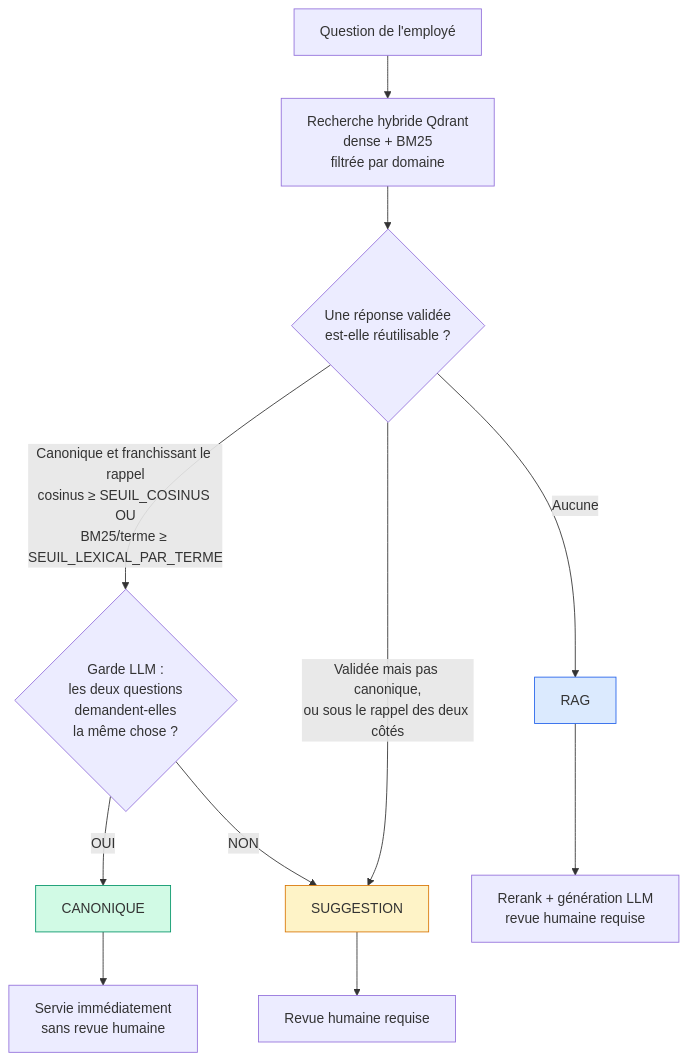
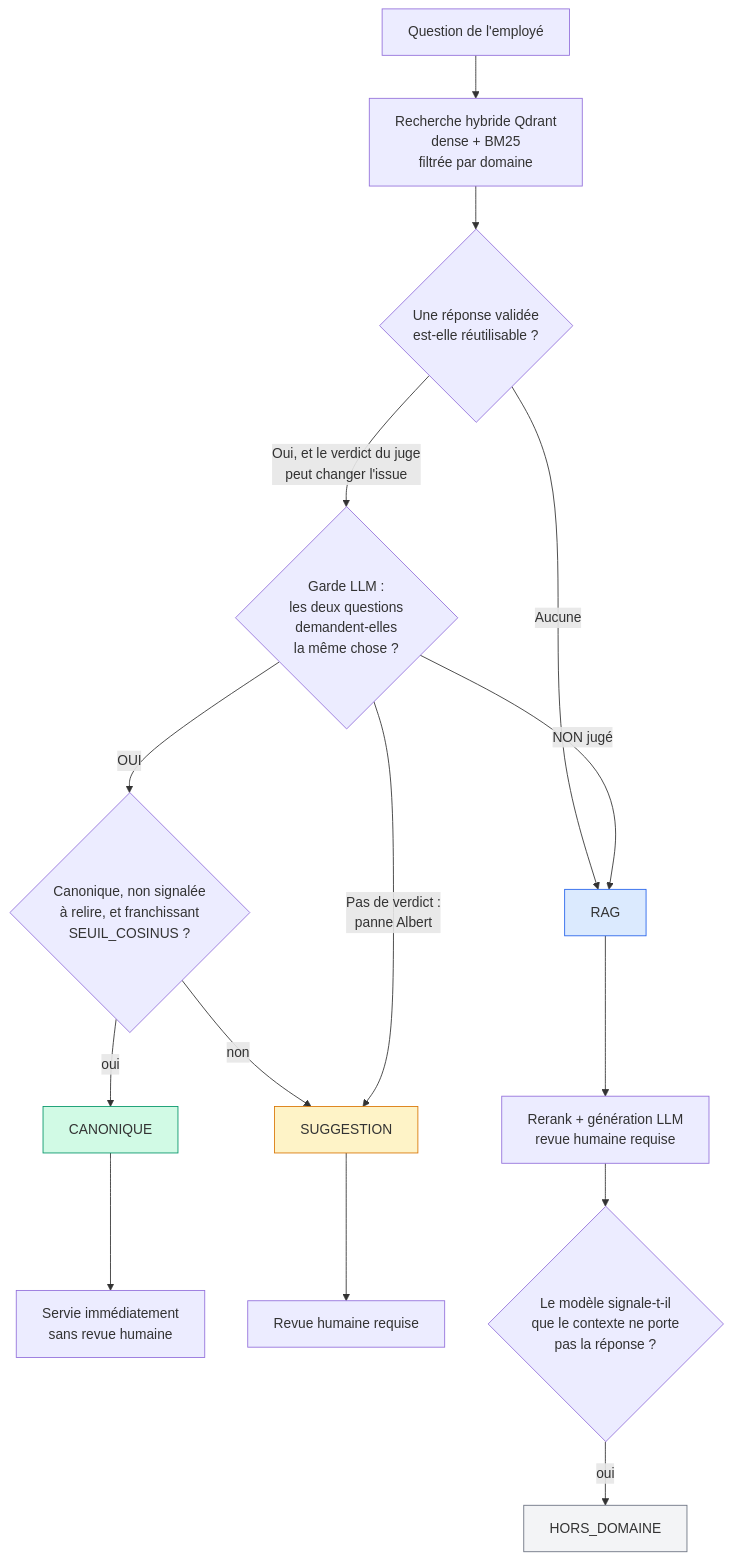
The first of 2 diagrams in Docs/presentation.md (ThomasHWD/TicketAI), drawn with Mermaid before and after one commit. The commit also changed other lines of this file and 8 other files, not shown here.

First line of the commit message:
docs: remettre la doc d'aplomb sur le garde, les quatre correctifs et la confrontation

````diff
--- a/Docs/presentation.md
+++ b/Docs/presentation.md
@@ -27,20 +27,25 @@
 ```mermaid
 flowchart TD
     A[Question de l'employé] --> B[Recherche hybride Qdrant<br/>dense + BM25<br/>filtrée par domaine]
     B --> C{Une réponse validée<br/>est-elle réutilisable ?}
 
-    C -->|Canonique et franchissant le rappel<br/>cosinus ≥ SEUIL_COSINUS OU<br/>BM25/terme ≥ SEUIL_LEXICAL_PAR_TERME| D{Garde LLM :<br/>les deux questions<br/>demandent-elles<br/>la même chose ?}
-    C -->|Validée mais pas canonique,<br/>ou sous le rappel des deux côtés| F[SUGGESTION]
+    C -->|Oui, et le verdict du juge<br/>peut changer l'issue| D{Garde LLM :<br/>les deux questions<br/>demandent-elles<br/>la même chose ?}
     C -->|Aucune| G[RAG]
 
-    D -->|OUI| E[CANONIQUE]
-    D -->|NON| F
+    D -->|OUI| D2{Canonique, non signalée<br/>à relire, et franchissant<br/>SEUIL_COSINUS ?}
+    D2 -->|oui| E[CANONIQUE]
+    D2 -->|non| F[SUGGESTION]
+    D -->|NON jugé| G
+    D -->|Pas de verdict :<br/>panne Albert| F
 
     E --> H[Servie immédiatement<br/>sans revue humaine]
     F --> I[Revue humaine requise]
     G --> J[Rerank + génération LLM<br/>revue humaine requise]
+    J --> K{Le modèle signale-t-il<br/>que le contexte ne porte<br/>pas la réponse ?}
+    K -->|oui| L[HORS_DOMAINE]
 
     style E fill:#d1fae5,stroke:#059669
     style F fill:#fef3c7,stroke:#d97706
     style G fill:#dbeafe,stroke:#2563eb
+    style L fill:#f3f4f6,stroke:#6b7280
 ```
````
